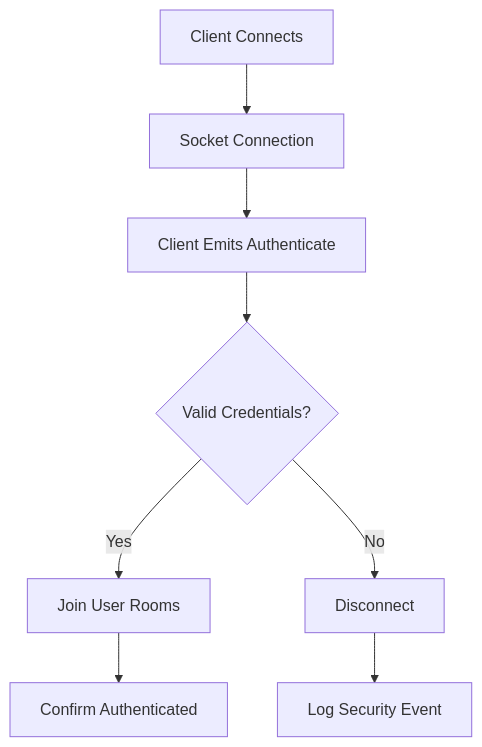
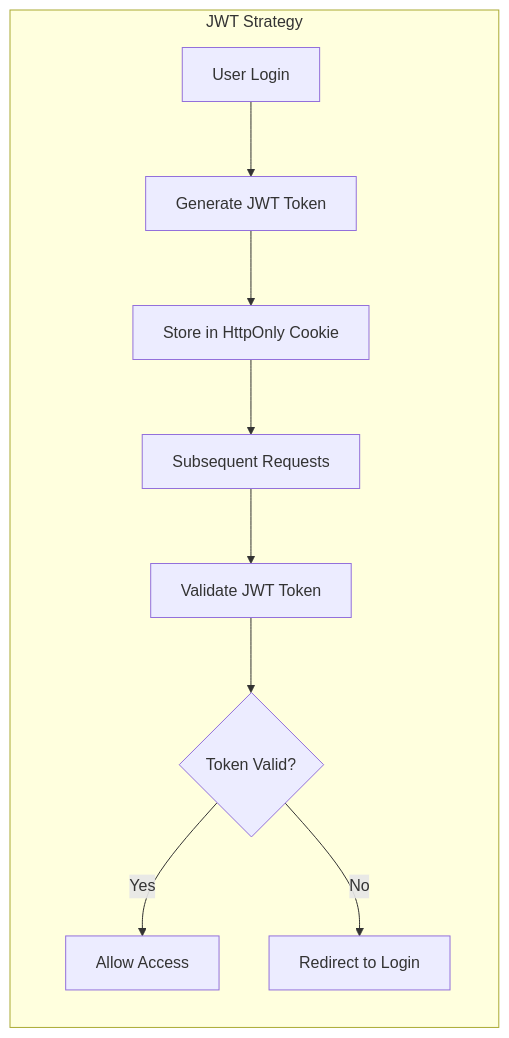
One commit to anshsharmacse/taskflow-socket changed diagram 14 of 39 in README.md. Above: the diagram before and after it, drawn with Mermaid. The commit also changed other lines of this file, not shown here.

````diff
--- a/README.md
+++ b/README.md
@@ -454,10 +587,12 @@
 ```mermaid
-flowchart TD
-    A[Client Connects] --> B[Socket Connection]
-    B --> C[Client Emits Authenticate]
-    C --> D{Valid Credentials?}
-    D -->|Yes| E[Join User Rooms]
-    D -->|No| F[Disconnect]
-    E --> G[Confirm Authenticated]
-    F --> H[Log Security Event]
+flowchart LR
+    subgraph JWT Strategy
+        A[User Login] --> B[Generate JWT Token]
+        B --> C[Store in HttpOnly Cookie]
+        C --> D[Subsequent Requests]
+        D --> E[Validate JWT Token]
+        E --> F{Token Valid?}
+        F -->|Yes| G[Allow Access]
+        F -->|No| H[Redirect to Login]
+    end
 ```
````
